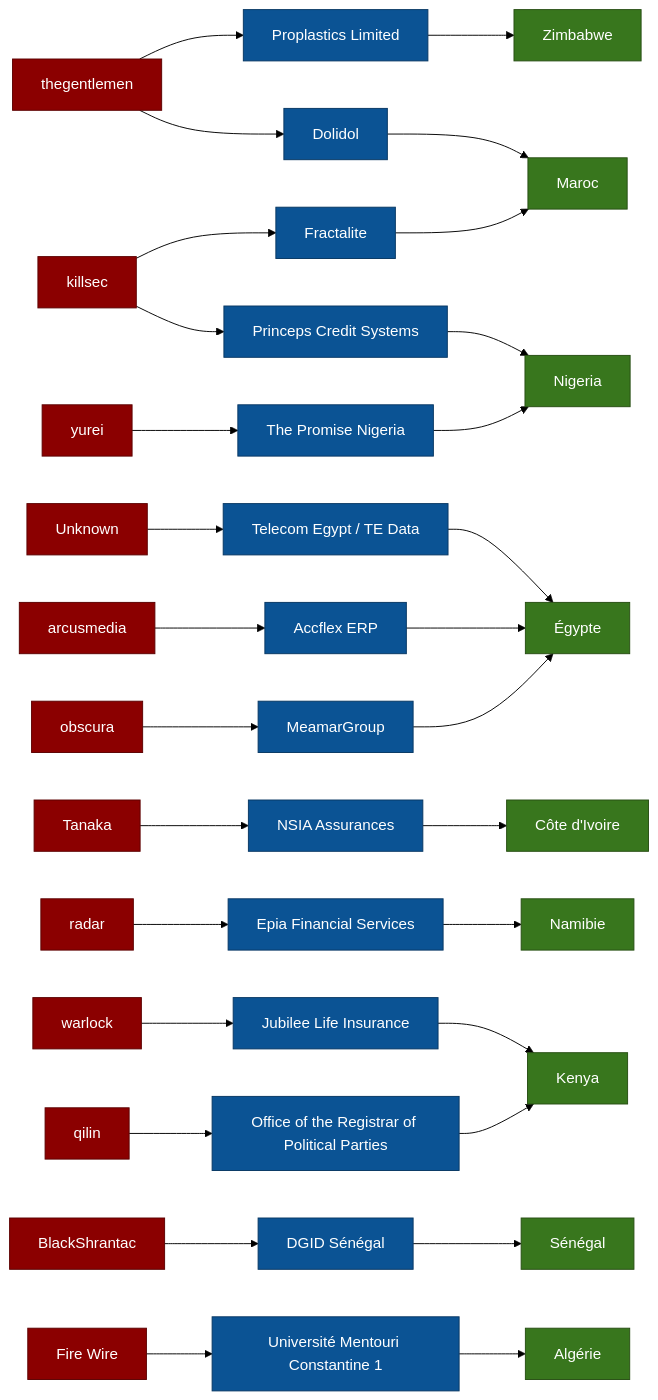
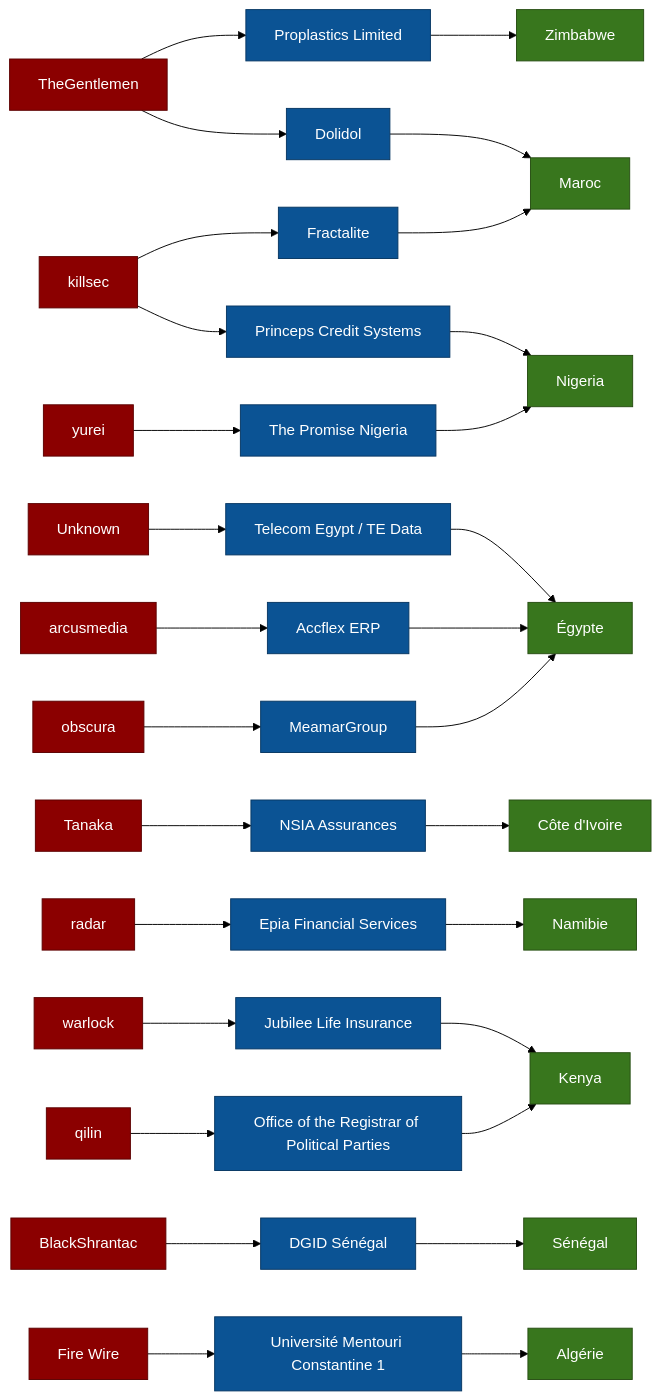
The fourth of 4 diagrams in CyberAttackAfrica/2025/09-september/README.md (Hatchepsoute/AFRINTEL), drawn with Mermaid (forest theme) before and after one commit. The commit also changed other lines of this file and 83 other files, not shown here.

````diff
--- a/CyberAttackAfrica/2025/09-september/README.md
+++ b/CyberAttackAfrica/2025/09-september/README.md
@@ -238,53 +238,53 @@
 ```mermaid
 graph LR
 
-A1[thegentlemen] --> V1[Dolidol]
+A1[TheGentlemen] --> V1[Dolidol]
 V1 --> P1[Maroc]
 
 A1 --> V2[Proplastics Limited]
 V2 --> P2[Zimbabwe]
 
 A2[killsec] --> V3[Princeps Credit Systems]
 V3 --> P3[Nigeria]
 
 A2 --> V4[Fractalite]
 V4 --> P1
 
 A3[obscura] --> V5[MeamarGroup]
 V5 --> P4[Égypte]
 
 A4[Tanaka] --> V6[NSIA Assurances]
 V6 --> P5[Côte d'Ivoire]
 
 A5[yurei] --> V7[The Promise Nigeria]
 V7 --> P3
 
 A6[radar] --> V8[Epia Financial Services]
 V8 --> P6[Namibie]
 
 A7[qilin] --> V9[Office of the Registrar of Political Parties]
 V9 --> P7[Kenya]
 
 A8[warlock] --> V10[Jubilee Life Insurance]
 V10 --> P7
 
 A9[arcusmedia] --> V11[Accflex ERP]
 V11 --> P4
 
 A10[BlackShrantac] --> V12[DGID Sénégal]
 V12 --> P8[Sénégal]
 
 A11[Unknown] --> V13[Telecom Egypt / TE Data]
 V13 --> P4
 
 A12[Fire Wire] --> V14[Université Mentouri Constantine 1]
 V14 --> P9[Algérie]
 
 classDef actor fill:#8b0000,color:#fff,stroke:#5c0000,stroke-width:1px;
 classDef victim fill:#0b5394,color:#fff,stroke:#073763,stroke-width:1px;
 classDef country fill:#38761d,color:#fff,stroke:#274e13,stroke-width:1px;
 
 class A1,A2,A3,A4,A5,A6,A7,A8,A9,A10,A11,A12 actor;
 class V1,V2,V3,V4,V5,V6,V7,V8,V9,V10,V11,V12,V13,V14 victim;
 class P1,P2,P3,P4,P5,P6,P7,P8,P9 country;
 ```
````
